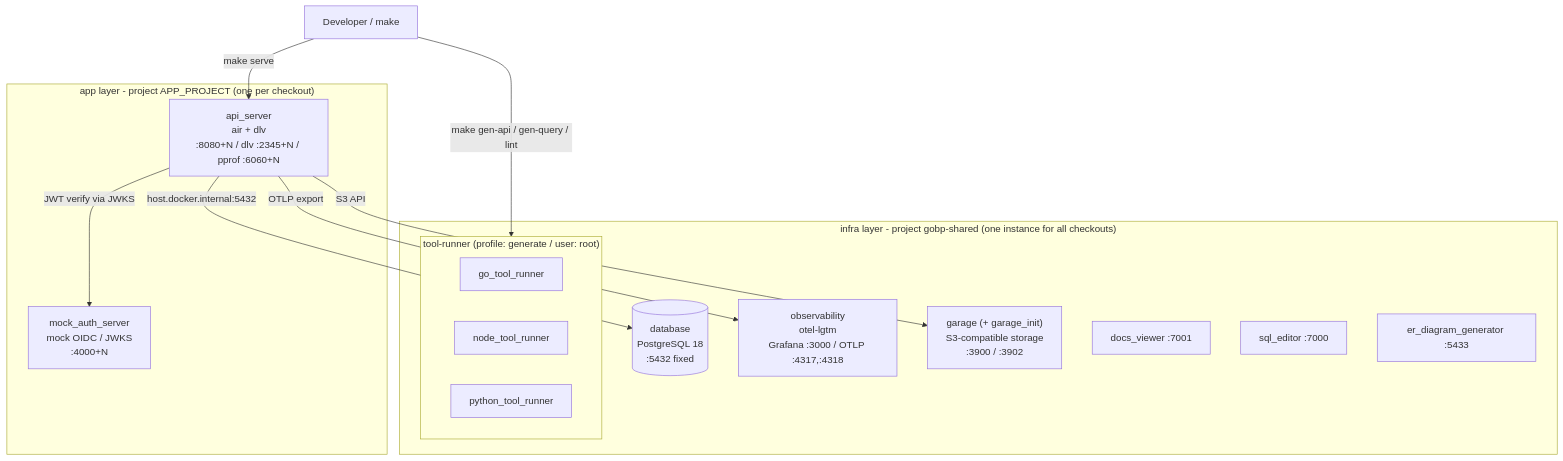
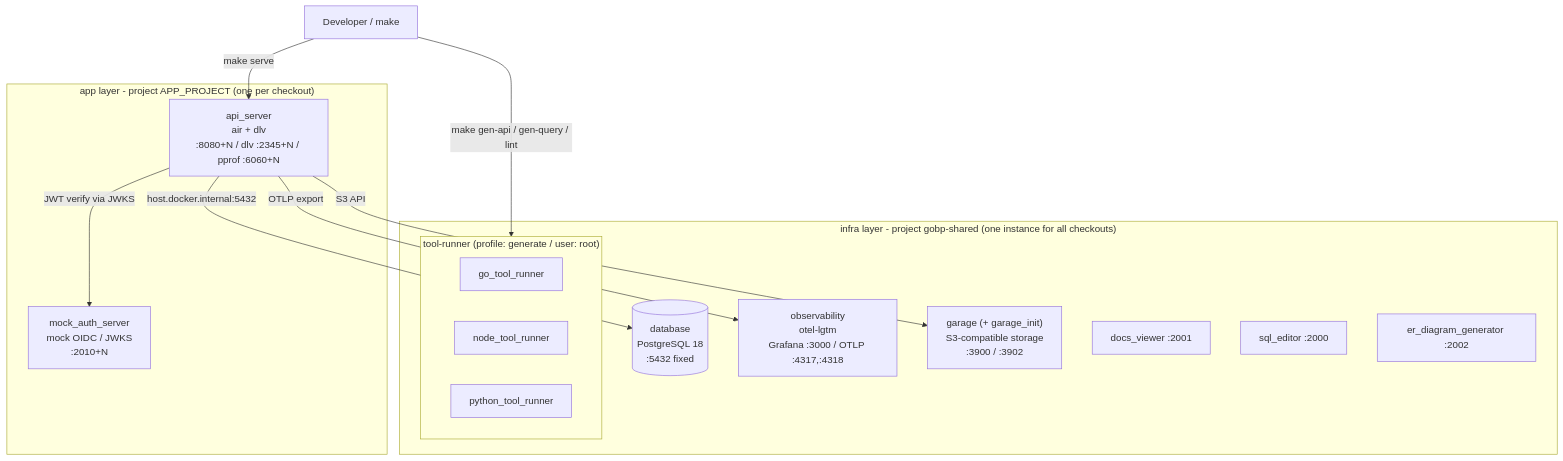
Before and after one commit to Tomy-ch/go-boilerplate: the first of 2 diagrams in docs/maintenance/local-environment.md, drawn with Mermaid. The commit also changed other lines of this file and 13 other files, not shown here.

````diff
--- a/docs/maintenance/local-environment.md
+++ b/docs/maintenance/local-environment.md
@@ -18,30 +18,30 @@
 ```mermaid
 graph TB
   dev["Developer / make"]
 
   subgraph infra["infra layer - project gobp-shared (one instance for all checkouts)"]
     db[("database<br/>PostgreSQL 18<br/>:5432 fixed")]
     obs["observability<br/>otel-lgtm<br/>Grafana :3000 / OTLP :4317,:4318"]
     gar["garage (+ garage_init)<br/>S3-compatible storage<br/>:3900 / :3902"]
-    docs["docs_viewer :7001"]
-    sql["sql_editor :7000"]
-    er["er_diagram_generator :5433"]
+    docs["docs_viewer :2001"]
+    sql["sql_editor :2000"]
+    er["er_diagram_generator :2002"]
     subgraph runners["tool-runner (profile: generate / user: root)"]
       go["go_tool_runner"]
       node["node_tool_runner"]
       py["python_tool_runner"]
     end
   end
 
   subgraph app["app layer - project APP_PROJECT (one per checkout)"]
     api["api_server<br/>air + dlv<br/>:8080+N / dlv :2345+N / pprof :6060+N"]
-    auth["mock_auth_server<br/>mock OIDC / JWKS<br/>:4000+N"]
+    auth["mock_auth_server<br/>mock OIDC / JWKS<br/>:2010+N"]
   end
 
   dev -->|make serve| api
   dev -->|make gen-api / gen-query / lint| runners
   api -->|host.docker.internal:5432| db
   api -->|OTLP export| obs
   api -->|S3 API| gar
   api -->|JWT verify via JWKS| auth
 ```
````
